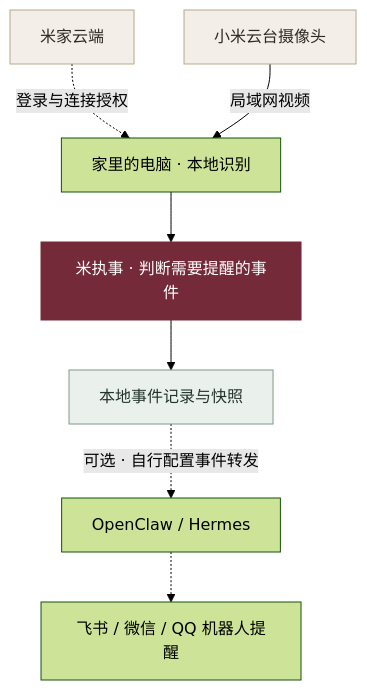
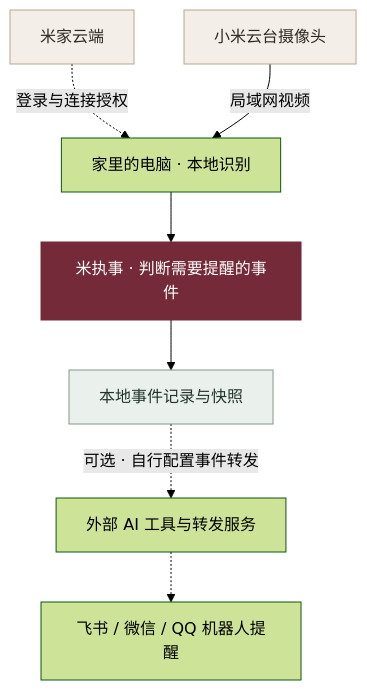
One commit to JuneYaooo/caregiving-eye changed the diagram in README.md. Above: the diagram before and after it, drawn with Mermaid (forest theme). The commit also changed other lines of this file and 2 other files, not shown here.

Commit message:
docs: expand compatible AI tools for optional bot integration

````diff
--- a/README.md
+++ b/README.md
@@ -85,14 +85,14 @@
 ```mermaid
 flowchart TD
     cloud[米家云端] -.->|登录与连接授权| vision[家里的电脑 · 本地识别]
     camera[小米云台摄像头] -->|局域网视频| vision
     vision --> butler[米执事 · 判断需要提醒的事件]
     butler --> local[本地事件记录与快照]
-    local -.->|可选 · 自行配置事件转发| gateway[OpenClaw / Hermes]
+    local -.->|可选 · 自行配置事件转发| gateway[外部 AI 工具与转发服务]
     gateway -.-> notifications[飞书 / 微信 / QQ 机器人提醒]
 
     style cloud fill:#F3EEE7,stroke:#BAA58D,color:#302923
     style camera fill:#F3EEE7,stroke:#BAA58D,color:#302923
     style butler fill:#742A38,stroke:#742A38,color:#FFFFFF
     style local fill:#EAF0EB,stroke:#819888,color:#23352B
 ```
````
